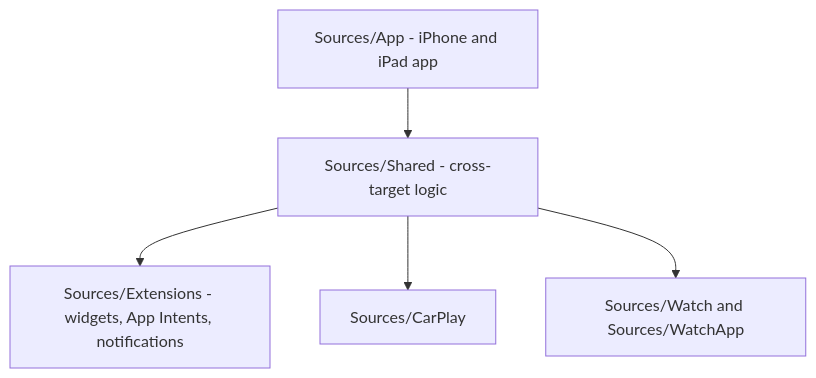
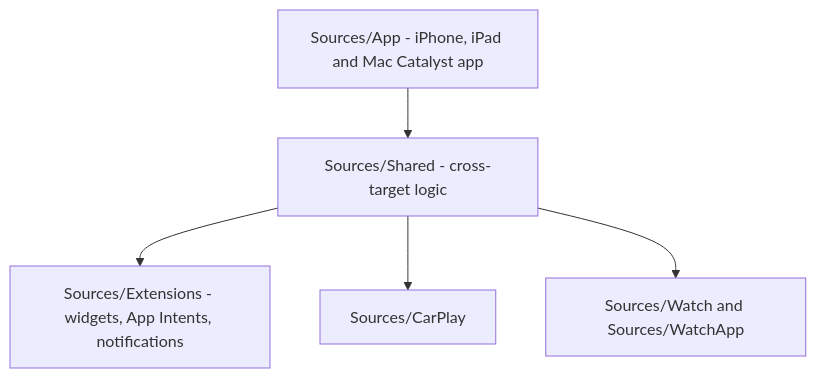
Before and after one commit to home-assistant/developers.home-assistant: the diagram in docs/apple/architecture.md, drawn with Mermaid.

````diff
--- a/docs/apple/architecture.md
+++ b/docs/apple/architecture.md
@@ -104,12 +104,12 @@
 ```mermaid
 graph TD;
-    App[Sources/App - iPhone and iPad app]
+    App[Sources/App - iPhone, iPad and Mac Catalyst app]
     Shared[Sources/Shared - cross-target logic]
     Extensions[Sources/Extensions - widgets, App Intents, notifications]
     CarPlay[Sources/CarPlay]
     Watch[Sources/Watch and Sources/WatchApp]
     App --> Shared
     Shared --> Extensions
     Shared --> CarPlay
     Shared --> Watch
 ```
````
